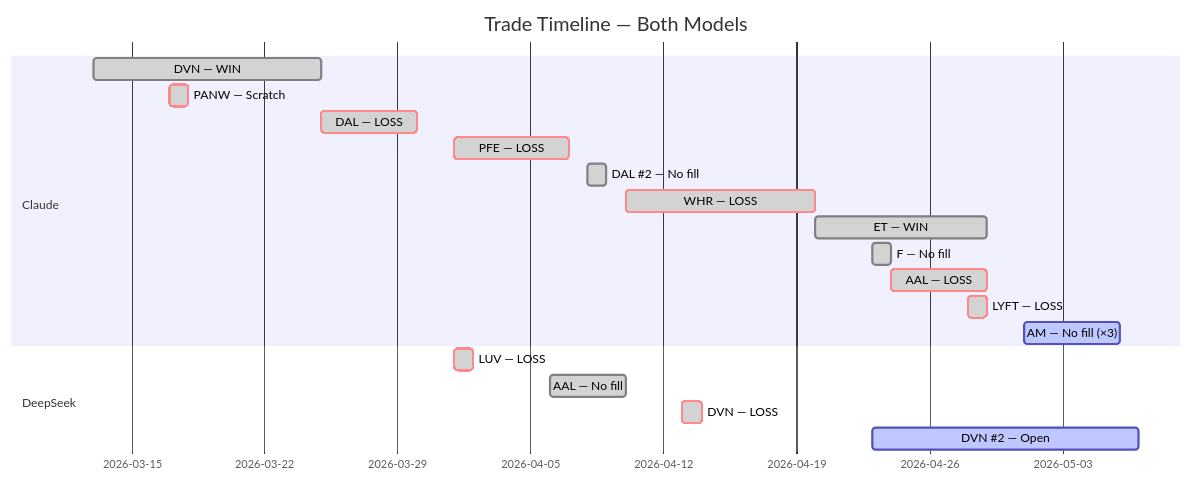
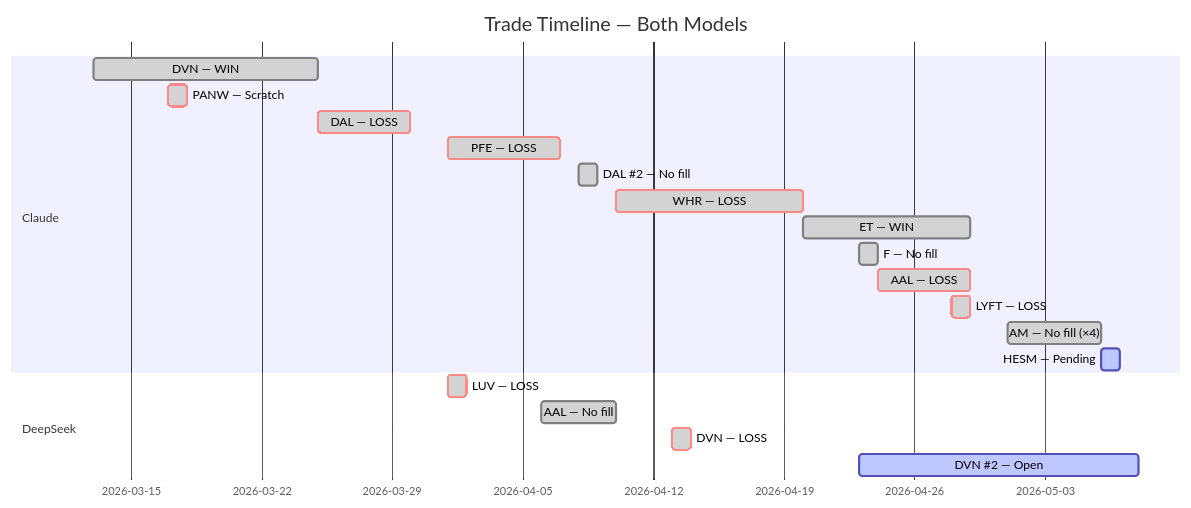
One commit to zachisit/ai-auto-buy-thesis changed the fifth of 5 diagrams in README.md. Above: the diagram before and after it, drawn with Mermaid. The commit also changed other lines of this file and 2 other files, not shown here.

Commit message:
Add 05-06 sessions; update README — Claude AM abandoned (4 non-fills), HESM buy stop $39.55 pending; DeepSeek DVN-002 day 11 stop tightened to $48.61 (above entry, min +$22.20 locked), unrealized +$38.80

````diff
--- a/README.md
+++ b/README.md
@@ -62,22 +62,23 @@
 ```mermaid
 gantt
     title Trade Timeline — Both Models
     dateFormat YYYY-MM-DD
     section Claude
     DVN — WIN            :done,    2026-03-13, 2026-03-25
     PANW — Scratch       :crit, done, 2026-03-17, 2026-03-18
     DAL — LOSS           :crit, done, 2026-03-25, 2026-03-30
     PFE — LOSS           :crit, done, 2026-04-01, 2026-04-07
     DAL #2 — No fill     :done,    2026-04-08, 2026-04-09
     WHR — LOSS           :crit, done, 2026-04-10, 2026-04-20
     ET — WIN             :done,    2026-04-20, 2026-04-29
     F — No fill          :done,    2026-04-23, 2026-04-24
     AAL — LOSS           :crit, done, 2026-04-24, 2026-04-29
     LYFT — LOSS          :crit, done, 2026-04-28, 2026-04-29
-    AM — No fill (×3)    :active,  2026-05-01, 2026-05-06
+    AM — No fill (×4)    :done,    2026-05-01, 2026-05-06
+    HESM — Pending       :active,  2026-05-06, 2026-05-07
     section DeepSeek
     LUV — LOSS           :crit, done, 2026-04-01, 2026-04-02
     AAL — No fill        :done,    2026-04-06, 2026-04-10
     DVN — LOSS           :crit, done, 2026-04-13, 2026-04-14
-    DVN #2 — Open        :active,  2026-04-23, 2026-05-07
+    DVN #2 — Open        :active,  2026-04-23, 2026-05-08
 ```
````
